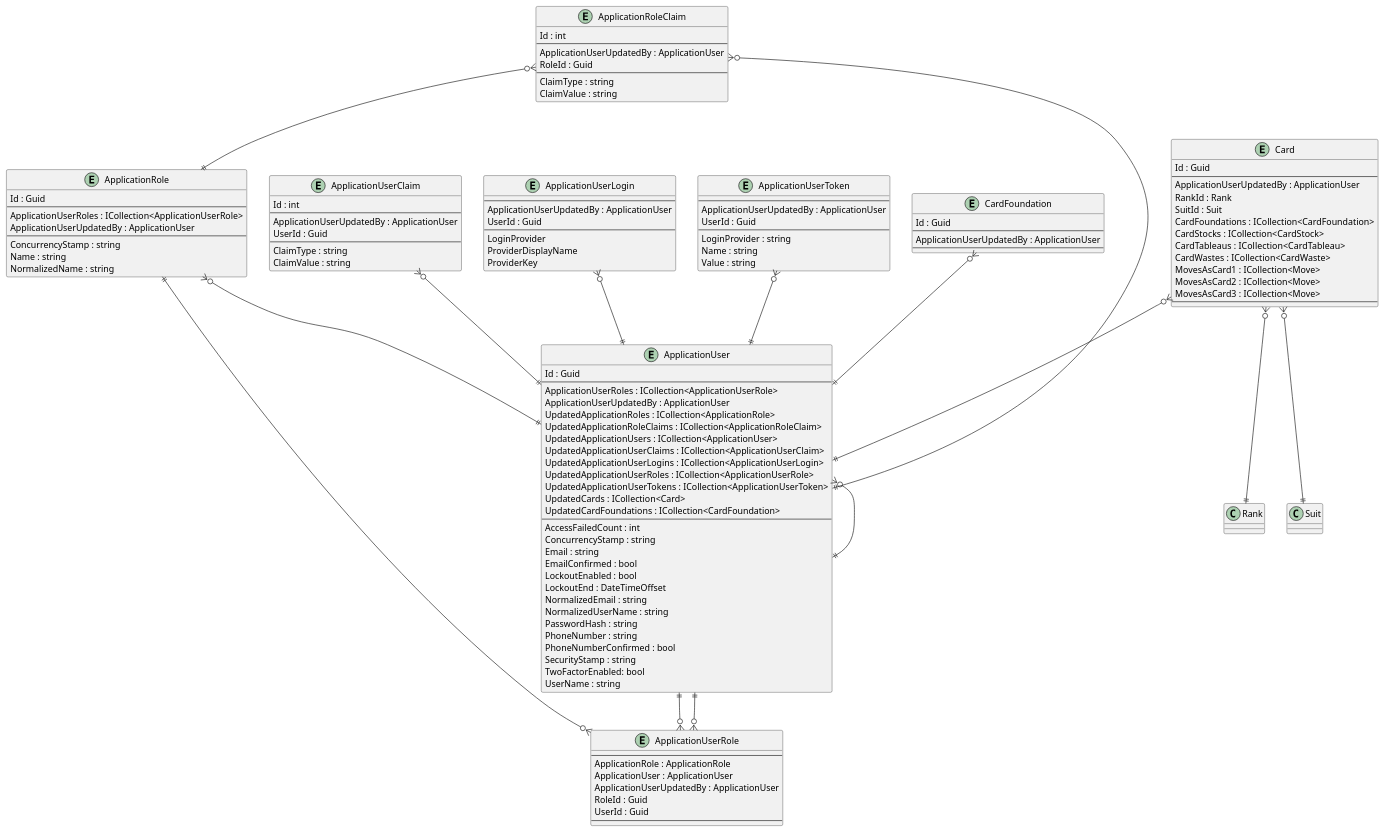
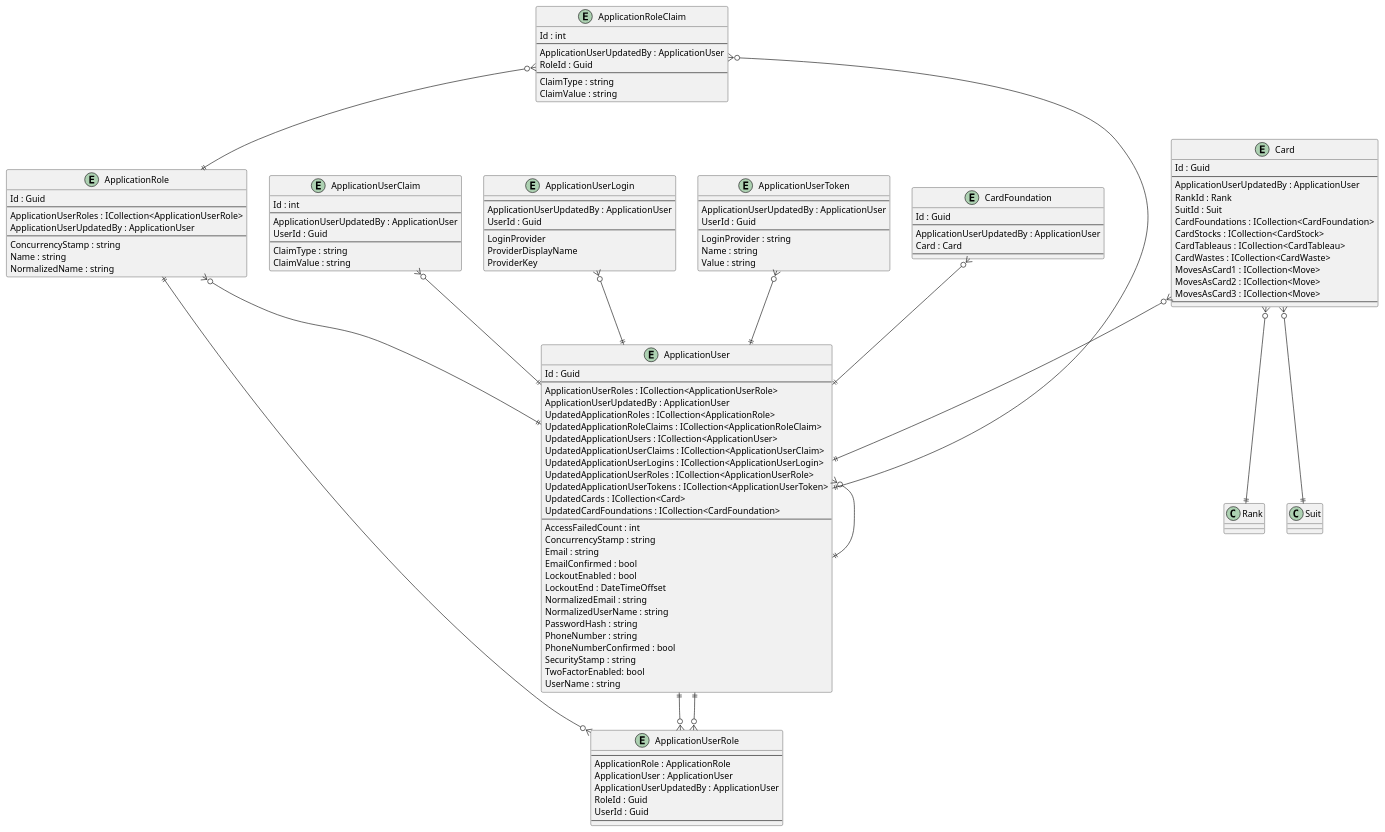
The diagram in .docs/Intrepion.KlondikeSolitaire.pu (intrepion/intrepion_klondike-solitaire_csharp), drawn with PlantUML before and after one commit.

```diff
--- a/.docs/Intrepion.KlondikeSolitaire.pu
+++ b/.docs/Intrepion.KlondikeSolitaire.pu
@@ -1,142 +1,143 @@
 @startuml
 
 entity ApplicationRole {
     Id : Guid
     --
     ApplicationUserRoles : ICollection<ApplicationUserRole>
     ApplicationUserUpdatedBy : ApplicationUser
     --
     ConcurrencyStamp : string
     Name : string
     NormalizedName : string
 }
 
 entity ApplicationRoleClaim {
     Id : int
     --
     ApplicationUserUpdatedBy : ApplicationUser
     RoleId : Guid
     --
     ClaimType : string
     ClaimValue : string
 }
 
 entity ApplicationUser {
     Id : Guid
     --
     ApplicationUserRoles : ICollection<ApplicationUserRole>
     ApplicationUserUpdatedBy : ApplicationUser
     UpdatedApplicationRoles : ICollection<ApplicationRole>
     UpdatedApplicationRoleClaims : ICollection<ApplicationRoleClaim>
     UpdatedApplicationUsers : ICollection<ApplicationUser>
     UpdatedApplicationUserClaims : ICollection<ApplicationUserClaim>
     UpdatedApplicationUserLogins : ICollection<ApplicationUserLogin>
     UpdatedApplicationUserRoles : ICollection<ApplicationUserRole>
     UpdatedApplicationUserTokens : ICollection<ApplicationUserToken>
     UpdatedCards : ICollection<Card>
     UpdatedCardFoundations : ICollection<CardFoundation>
     ' ApplicationUserKeyCodePlaceholder
     --
     AccessFailedCount : int
     ConcurrencyStamp : string
     Email : string
     EmailConfirmed : bool
     LockoutEnabled : bool
     LockoutEnd : DateTimeOffset
     NormalizedEmail : string
     NormalizedUserName : string
     PasswordHash : string
     PhoneNumber : string
     PhoneNumberConfirmed : bool
     SecurityStamp : string
     TwoFactorEnabled: bool
     UserName : string
 }
 
 entity ApplicationUserClaim {
     Id : int
     --
     ApplicationUserUpdatedBy : ApplicationUser
     UserId : Guid
     --
     ClaimType : string
     ClaimValue : string
 }
 
 entity ApplicationUserLogin {
     --
     ApplicationUserUpdatedBy : ApplicationUser
     UserId : Guid
     --
     LoginProvider
     ProviderDisplayName
     ProviderKey
 }
 
 entity ApplicationUserRole {
     --
     ApplicationRole : ApplicationRole
     ApplicationUser : ApplicationUser
     ApplicationUserUpdatedBy : ApplicationUser
     RoleId : Guid
     UserId : Guid
     --
 }
 
 entity ApplicationUserToken {
     --
     ApplicationUserUpdatedBy : ApplicationUser
     UserId : Guid
     --
     LoginProvider : string
     Name : string
     Value : string
 }
 
 entity Card {
     Id : Guid
     --
     ApplicationUserUpdatedBy : ApplicationUser
     RankId : Rank
     SuitId : Suit
     CardFoundations : ICollection<CardFoundation>
     CardStocks : ICollection<CardStock>
     CardTableaus : ICollection<CardTableau>
     CardWastes : ICollection<CardWaste>
     MovesAsCard1 : ICollection<Move>
     MovesAsCard2 : ICollection<Move>
     MovesAsCard3 : ICollection<Move>
     ' CardKeyCodePlaceholder
     --
     ' CardPropertyCodePlaceholder
 }
 
 entity CardFoundation {
     Id : Guid
     --
     ApplicationUserUpdatedBy : ApplicationUser
+    Card : Card
     ' CardFoundationKeyCodePlaceholder
     --
     ' CardFoundationPropertyCodePlaceholder
 }
 
 ' EntityCodePlaceholder
 
 ApplicationRole ||--o{ ApplicationUserRole
 ApplicationRole }o--|| ApplicationUser
 ApplicationRoleClaim }o--|| ApplicationRole
 ApplicationRoleClaim }o--|| ApplicationUser
 ApplicationUser }o--|| ApplicationUser
 ApplicationUser ||--o{ ApplicationUserRole
 ApplicationUserClaim }o--|| ApplicationUser
 ApplicationUserLogin }o--|| ApplicationUser
 ApplicationUserRole }o--|| ApplicationUser
 ApplicationUserToken }o--|| ApplicationUser
 
 Card }o--|| ApplicationUser
 Card }o--|| Rank
 Card }o--|| Suit
 CardFoundation }o--|| ApplicationUser
 ' RelationshipCodePlaceholder
 
 @enduml
```
